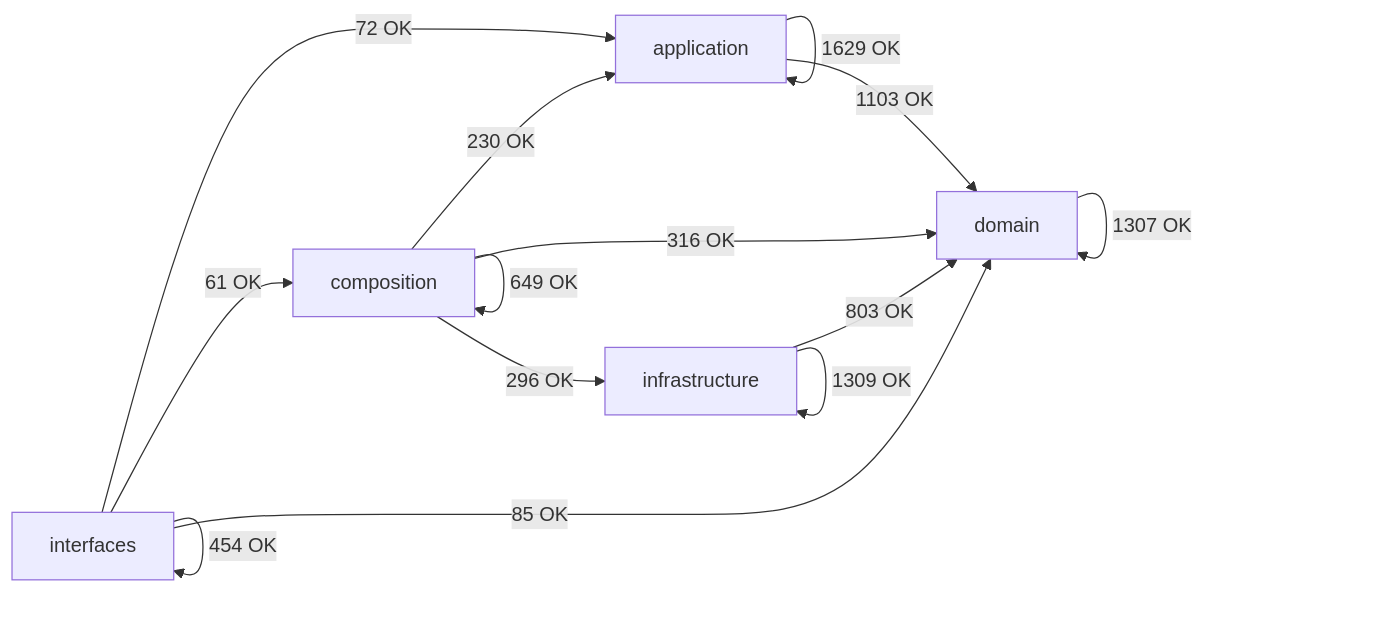
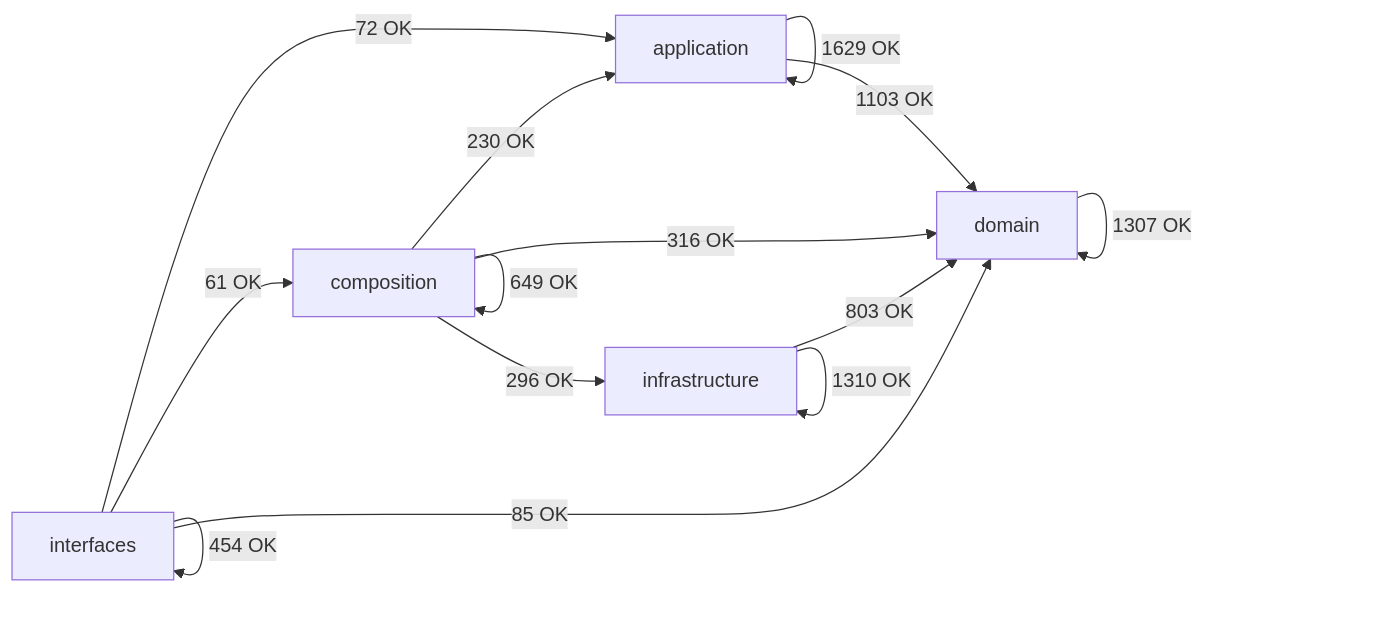
Before and after one commit to SatoryKono/BioactivityDataAcquisition: the diagram in docs/02-architecture/generated/module-dependency-map.md, drawn with Mermaid. The commit also changed other lines of this file and 18 other files, not shown here.

````diff
--- a/docs/02-architecture/generated/module-dependency-map.md
+++ b/docs/02-architecture/generated/module-dependency-map.md
@@ -17,21 +17,21 @@
 ```mermaid
 flowchart LR
     domain[domain]
     application[application]
     infrastructure[infrastructure]
     composition[composition]
     interfaces[interfaces]
     application -->|1629 OK| application
     application -->|1103 OK| domain
     composition -->|230 OK| application
     composition -->|649 OK| composition
     composition -->|316 OK| domain
     composition -->|296 OK| infrastructure
     domain -->|1307 OK| domain
     infrastructure -->|803 OK| domain
-    infrastructure -->|1309 OK| infrastructure
+    infrastructure -->|1310 OK| infrastructure
     interfaces -->|72 OK| application
     interfaces -->|61 OK| composition
     interfaces -->|85 OK| domain
     interfaces -->|454 OK| interfaces
 ```
````
